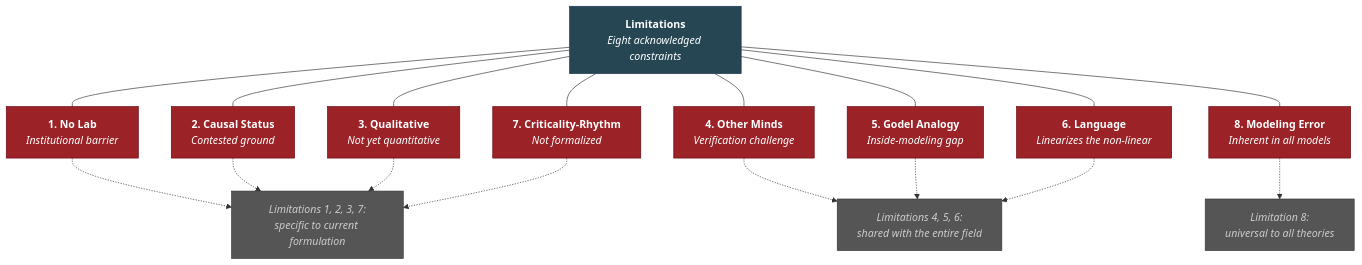
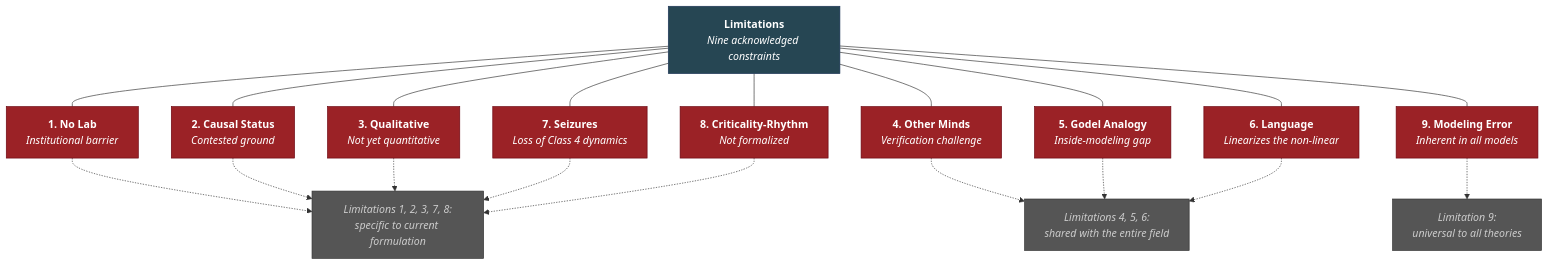
The diagram in wiki/limitations/overview.md (JeltzProstetnic/aIware), drawn with Mermaid before and after one commit. The commit also changed other lines of this file and 124 other files, not shown here.

````diff
--- a/wiki/limitations/overview.md
+++ b/wiki/limitations/overview.md
@@ -55,48 +59,52 @@
 ```mermaid
 graph TD
-    L["<b>Limitations</b><br/><i>Eight acknowledged constraints</i>"]
+    L["<b>Limitations</b><br/><i>Nine acknowledged constraints</i>"]
 
     L1["<b>1. No Lab</b><br/><i>Institutional barrier</i>"]
     L2["<b>2. Causal Status</b><br/><i>Contested ground</i>"]
     L3["<b>3. Qualitative</b><br/><i>Not yet quantitative</i>"]
     L4["<b>4. Other Minds</b><br/><i>Verification challenge</i>"]
     L5["<b>5. Godel Analogy</b><br/><i>Inside-modeling gap</i>"]
     L6["<b>6. Language</b><br/><i>Linearizes the non-linear</i>"]
-    L7["<b>7. Criticality-Rhythm</b><br/><i>Not formalized</i>"]
-    L8["<b>8. Modeling Error</b><br/><i>Inherent in all models</i>"]
+    L7["<b>7. Seizures</b><br/><i>Loss of Class 4 dynamics</i>"]
+    L8["<b>8. Criticality-Rhythm</b><br/><i>Not formalized</i>"]
+    L9["<b>9. Modeling Error</b><br/><i>Inherent in all models</i>"]
 
     L --- L1
     L --- L2
     L --- L3
     L --- L4
     L --- L5
     L --- L6
     L --- L7
     L --- L8
+    L --- L9
 
     FIELD["<i>Limitations 4, 5, 6:<br/>shared with the entire field</i>"]
-    SPEC["<i>Limitations 1, 2, 3, 7:<br/>specific to current formulation</i>"]
-    META["<i>Limitation 8:<br/>universal to all theories</i>"]
+    SPEC["<i>Limitations 1, 2, 3, 7, 8:<br/>specific to current formulation</i>"]
+    META["<i>Limitation 9:<br/>universal to all theories</i>"]
 
     L4 -.-> FIELD
     L5 -.-> FIELD
     L6 -.-> FIELD
     L1 -.-> SPEC
     L2 -.-> SPEC
     L3 -.-> SPEC
     L7 -.-> SPEC
-    L8 -.-> META
+    L8 -.-> SPEC
+    L9 -.-> META
 
     style L fill:#264653,color:#fff,stroke:#1d3557
     style L1 fill:#9b2226,color:#fff,stroke:#6a040f
     style L2 fill:#9b2226,color:#fff,stroke:#6a040f
     style L3 fill:#9b2226,color:#fff,stroke:#6a040f
     style L4 fill:#9b2226,color:#fff,stroke:#6a040f
     style L5 fill:#9b2226,color:#fff,stroke:#6a040f
     style L6 fill:#9b2226,color:#fff,stroke:#6a040f
     style L7 fill:#9b2226,color:#fff,stroke:#6a040f
     style L8 fill:#9b2226,color:#fff,stroke:#6a040f
+    style L9 fill:#9b2226,color:#fff,stroke:#6a040f
     style FIELD fill:#555,color:#ccc,stroke:#333
     style SPEC fill:#555,color:#ccc,stroke:#333
     style META fill:#555,color:#ccc,stroke:#333
 ```
````
